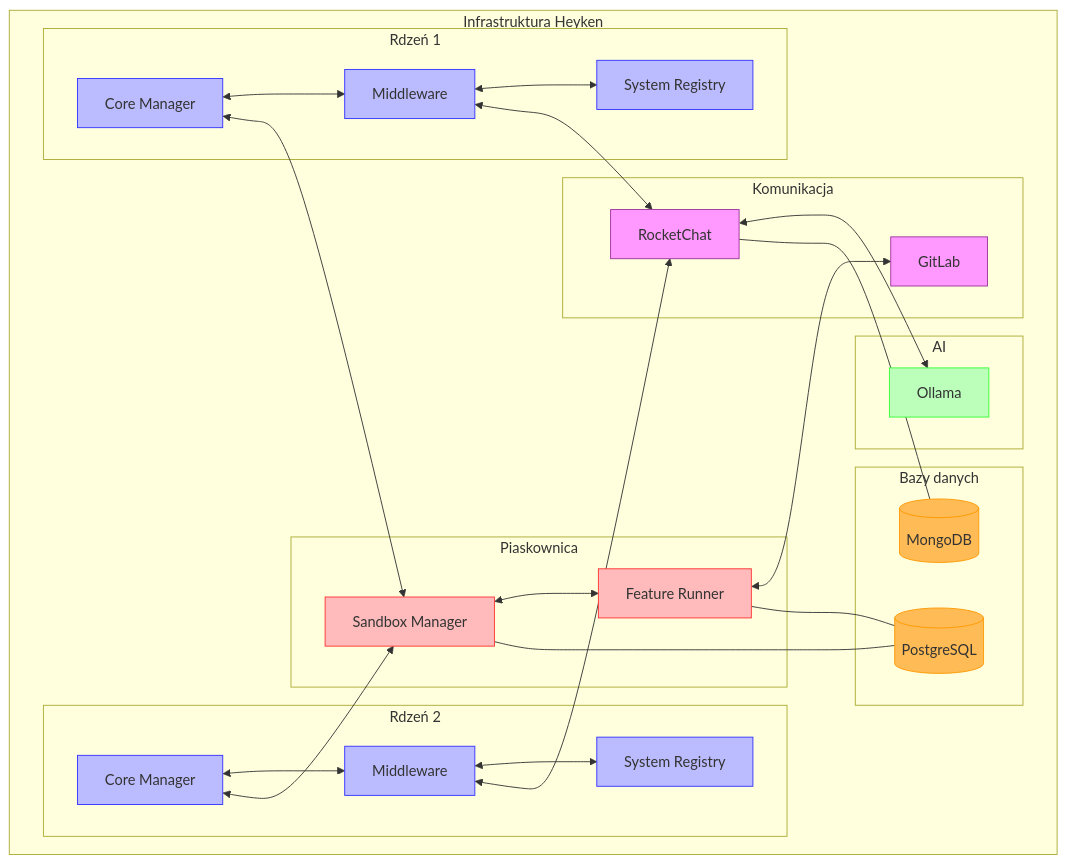
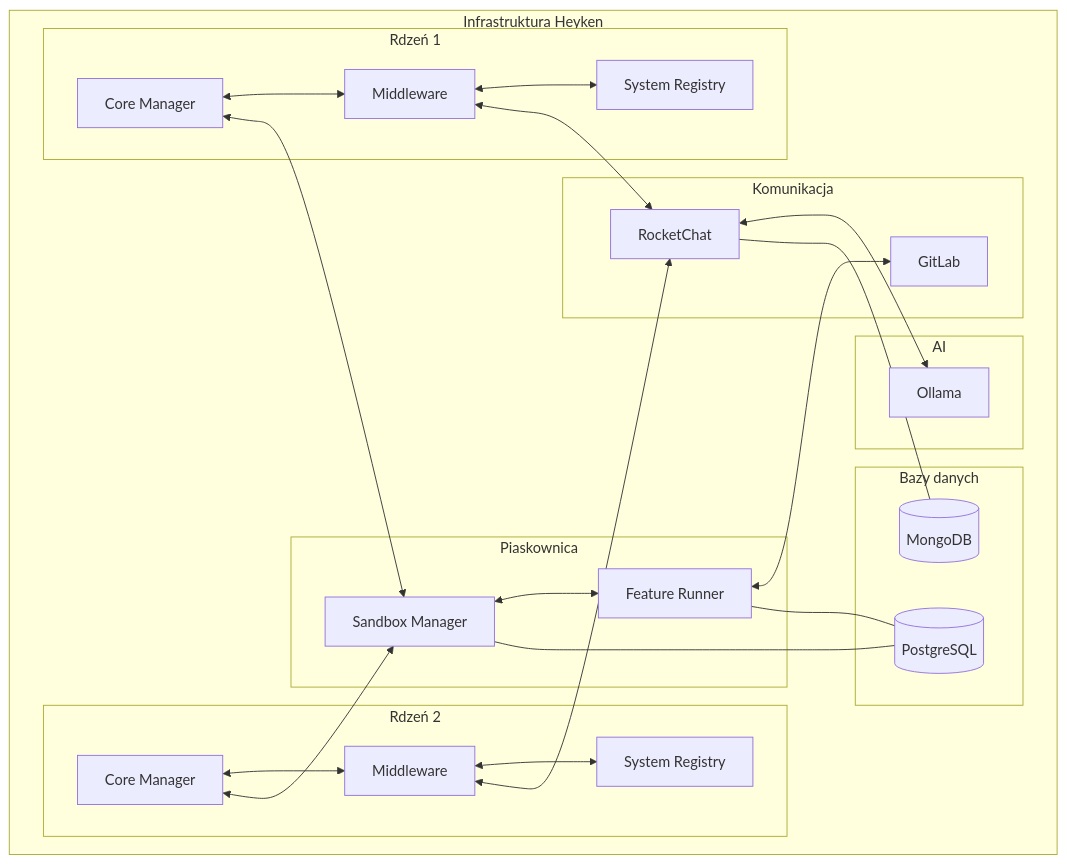
The second of 5 diagrams in heyken/README.md (tom-sapletta-com/autodev), drawn with Mermaid before and after one commit. The commit also changed other lines of this file, not shown here.

````diff
--- a/heyken/README.md
+++ b/heyken/README.md
@@ -208,60 +203,56 @@
 ```mermaid
 flowchart TB
     subgraph "Infrastruktura Heyken"
         subgraph "Rdzeń 1" 
             CM1[Core Manager]:::coreComp
             MM1[Middleware]:::coreComp
             SR1[System Registry]:::coreComp
         end
         
         subgraph "Rdzeń 2"
             CM2[Core Manager]:::coreComp
             MM2[Middleware]:::coreComp
             SR2[System Registry]:::coreComp
         end
         
         subgraph "Piaskownica"
             SB[Sandbox Manager]:::sandboxComp
             FR[Feature Runner]:::sandboxComp
         end
         
         subgraph "Komunikacja"
             RC[RocketChat]:::commComp
             GL[GitLab]:::commComp
         end
         
         subgraph "AI"
             OL[Ollama]:::aiComp
         end
         
         subgraph "Bazy danych"
             MDB[(MongoDB)]:::dbComp
             PG[(PostgreSQL)]:::dbComp
         end
         
         CM1 <--> MM1
         MM1 <--> SR1
         CM2 <--> MM2
         MM2 <--> SR2
         
         CM1 <--> SB
         CM2 <--> SB
         SB <--> FR
         
         MM1 <--> RC
         MM2 <--> RC
         FR <--> GL
         
         RC <--> OL
         
         RC --- MDB
         SB --- PG
         FR --- PG
     end
     
-    classDef coreComp fill:#bbf,stroke:#33f,stroke-width:1px
-    classDef sandboxComp fill:#fbb,stroke:#f33,stroke-width:1px
-    classDef commComp fill:#f9f,stroke:#939,stroke-width:1px
-    classDef aiComp fill:#bfb,stroke:#3f3,stroke-width:1px
-    classDef dbComp fill:#fb5,stroke:#f90,stroke-width:1px
+    
 ```
````
